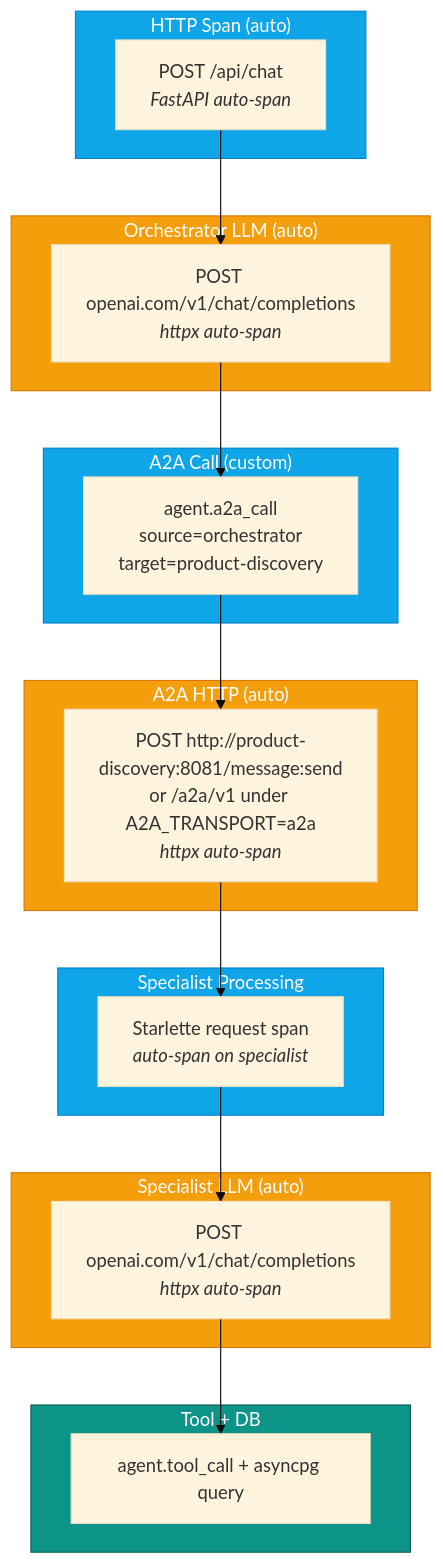
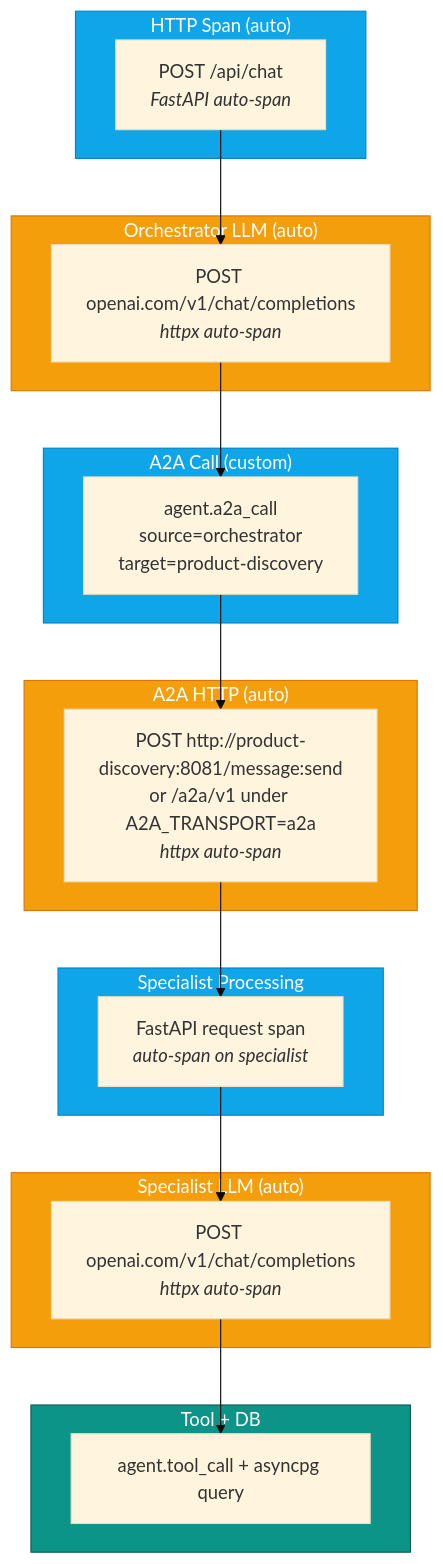
The third of 3 diagrams in docs/telemetry.md (rakyma0228/eCommerce-agent), drawn with Mermaid (base theme) before and after one commit. The commit also changed 30 other files, not shown here.

First line of the commit message:
docs: third pass: quick start, concepts, configuration, schema, API reference, benchmark (#198)

````diff
--- a/docs/telemetry.md
+++ b/docs/telemetry.md
@@ -94,44 +94,44 @@
 ```mermaid
 graph TD
     subgraph HTTP["HTTP Span (auto)"]
         style HTTP fill:#0ea5e9,stroke:#0284c7,color:#fff
         A["POST /api/chat<br/><i>FastAPI auto-span</i>"]
     end
 
     subgraph LLM1["Orchestrator LLM (auto)"]
         style LLM1 fill:#f59e0b,stroke:#d97706,color:#fff
         B["POST openai.com/v1/chat/completions<br/><i>httpx auto-span</i>"]
     end
 
     subgraph A2A["A2A Call (custom)"]
         style A2A fill:#0ea5e9,stroke:#0284c7,color:#fff
         C["agent.a2a_call<br/>source=orchestrator<br/>target=product-discovery"]
     end
 
     subgraph A2AHTTP["A2A HTTP (auto)"]
         style A2AHTTP fill:#f59e0b,stroke:#d97706,color:#fff
         D["POST http://product-discovery:8081/message:send<br/>or /a2a/v1 under A2A_TRANSPORT=a2a<br/><i>httpx auto-span</i>"]
     end
 
     subgraph Specialist["Specialist Processing"]
         style Specialist fill:#0ea5e9,stroke:#0284c7,color:#fff
-        E["Starlette request span<br/><i>auto-span on specialist</i>"]
+        E["FastAPI request span<br/><i>auto-span on specialist</i>"]
     end
 
     subgraph LLM2["Specialist LLM (auto)"]
         style LLM2 fill:#f59e0b,stroke:#d97706,color:#fff
         F["POST openai.com/v1/chat/completions<br/><i>httpx auto-span</i>"]
     end
 
     subgraph Tool["Tool + DB"]
         style Tool fill:#0d9488,stroke:#115e59,color:#fff
         G["agent.tool_call + asyncpg query"]
     end
 
     A --> B
     B --> C
     C --> D
     D --> E
     E --> F
     F --> G
 ```
````
